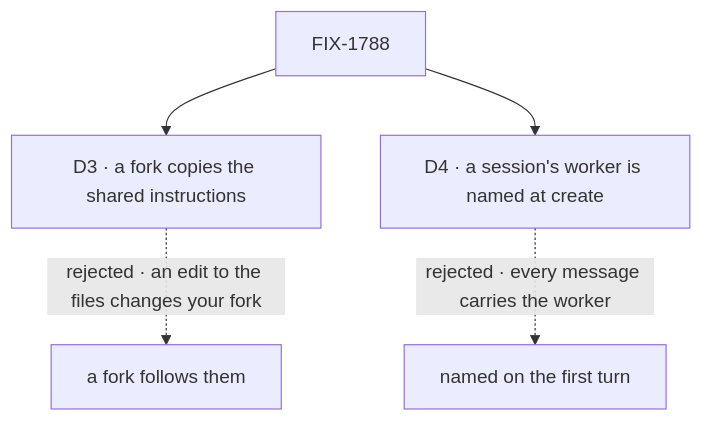
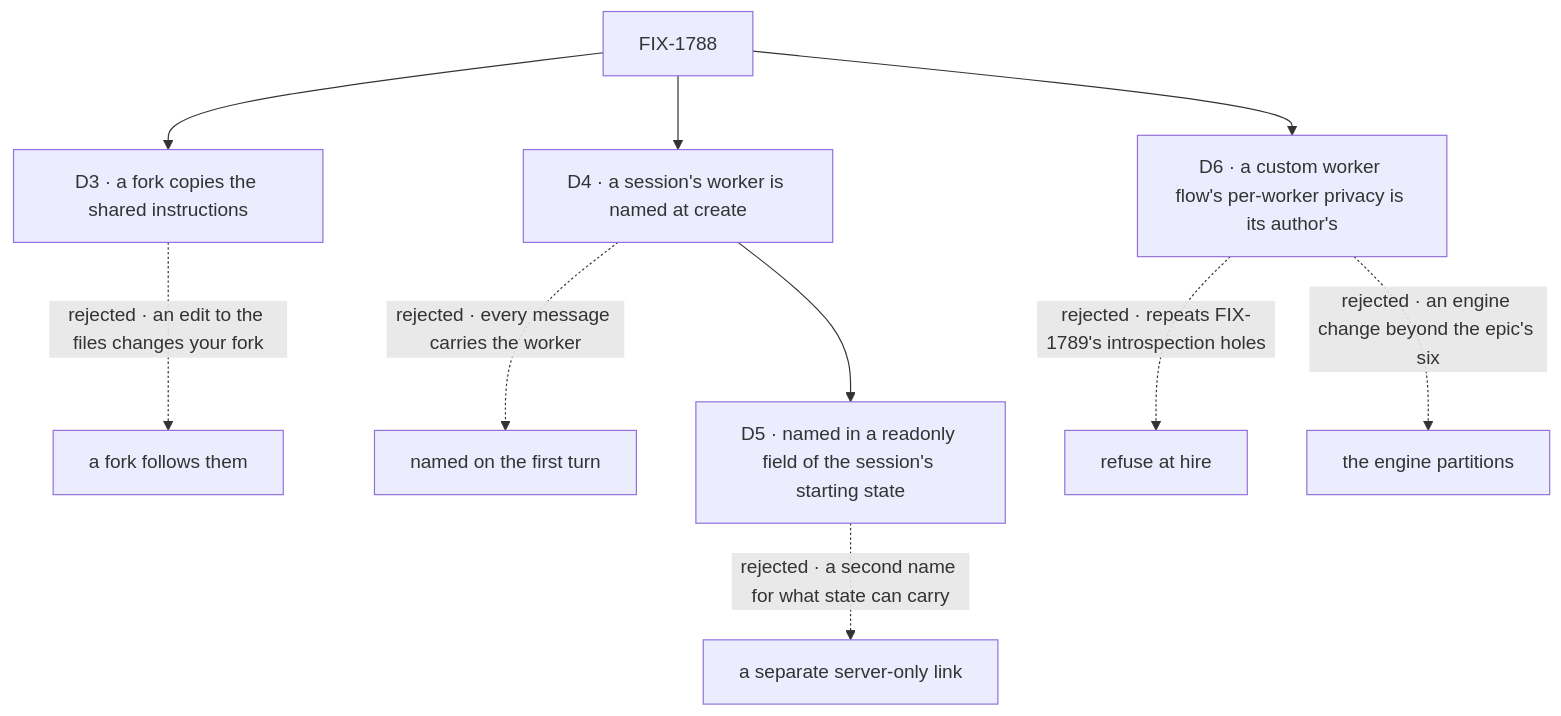
One commit to fixpoint-labs/flow-state-dev changed the diagram in specs/issues/FIX-1788/DECISIONS.md. Above: the diagram before and after it, drawn with Mermaid. The commit also changed other lines of this file and 9 other files, not shown here.

First line of the commit message:
spec(FIX-1788): amend after merge · bound through readonly starting state; custom-flow privacy is the author's

````diff
--- a/specs/issues/FIX-1788/DECISIONS.md
+++ b/specs/issues/FIX-1788/DECISIONS.md
@@ -12,7 +13,12 @@
 ```mermaid
 flowchart TD
   I["FIX-1788"] --> D3["D3 · a fork copies the shared instructions"]
   D3 -.->|"rejected · an edit to the files changes your fork"| X3["a fork follows them"]
   I --> D4["D4 · a session's worker is named at create"]
   D4 -.->|"rejected · every message carries the worker"| X4["named on the first turn"]
+  D4 --> D5["D5 · named in a readonly field of the session's starting state"]
+  D5 -.->|"rejected · a second name for what state can carry"| X5["a separate server-only link"]
+  I --> D6["D6 · a custom worker flow's per-worker privacy is its author's"]
+  D6 -.->|"rejected · repeats FIX-1789's introspection holes"| X6["refuse at hire"]
+  D6 -.->|"rejected · an engine change beyond the epic's six"| X7["the engine partitions"]
 ```
````
